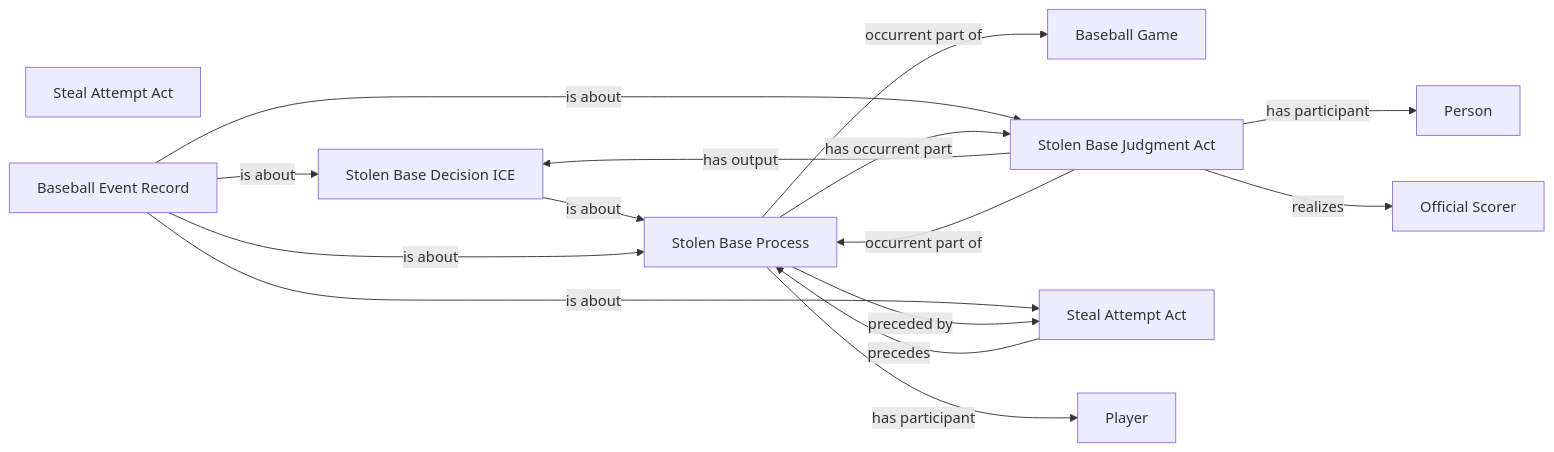
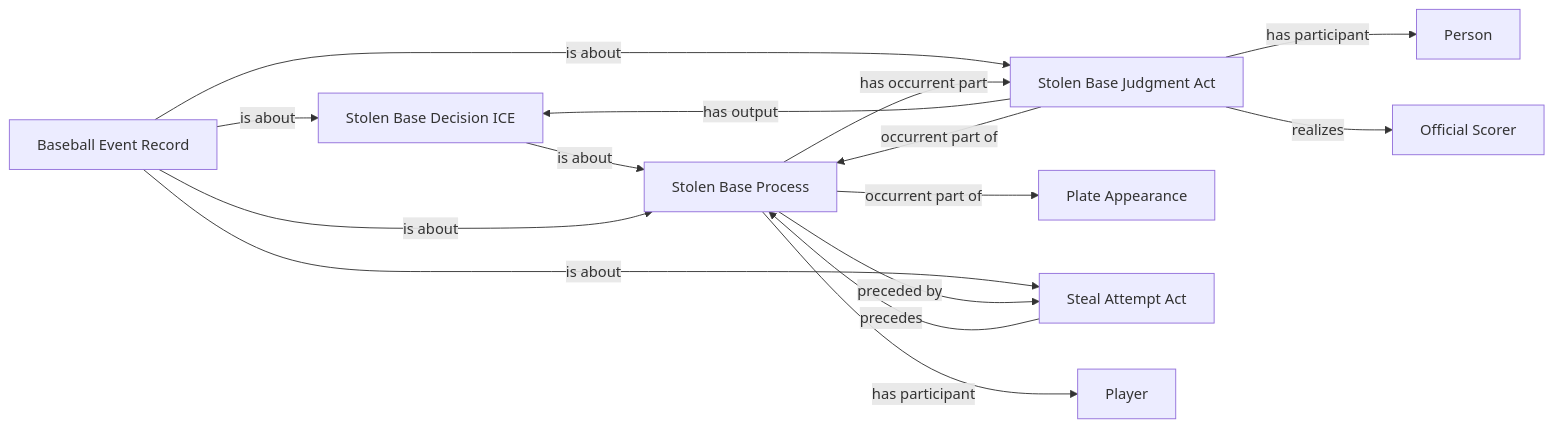
One commit to CarterBeauBenson/BaseballO changed the diagram in Baseball/mermaid/patterns/ontology/43-stolen-base.md. Above: the diagram before and after it, drawn with Mermaid. The commit also changed other lines of this file and 122 other files, not shown here.

````diff
--- a/Baseball/mermaid/patterns/ontology/43-stolen-base.md
+++ b/Baseball/mermaid/patterns/ontology/43-stolen-base.md
@@ -10,27 +10,26 @@
 ```mermaid
 flowchart LR
-    N01["Baseball Game"]
-    N02["Stolen Base Decision ICE"]
-    N03["Stolen Base Judgment Act"]
-    N04["Official Scorer"]
+    N01["Stolen Base Decision ICE"]
+    N02["Stolen Base Judgment Act"]
+    N03["Official Scorer"]
+    N04["Plate Appearance"]
     N05["Steal Attempt Act"]
-    N06["Steal Attempt Act"]
-    N07["Baseball Event Record"]
-    N08["Stolen Base Process"]
-    N09["Person"]
-    N10["Player"]
-    N02 -->|is about| N08
-    N03 -->|has output| N02
-    N03 -->|has participant| N09
-    N03 -->|occurrent part of| N08
-    N03 -->|realizes| N04
-    N06 -->|precedes| N08
-    N07 -->|is about| N02
-    N07 -->|is about| N03
-    N07 -->|is about| N06
-    N07 -->|is about| N08
-    N08 -->|has occurrent part| N03
-    N08 -->|has participant| N10
-    N08 -->|occurrent part of| N01
-    N08 -->|preceded by| N06
+    N06["Baseball Event Record"]
+    N07["Stolen Base Process"]
+    N08["Person"]
+    N09["Player"]
+    N01 -->|is about| N07
+    N02 -->|has output| N01
+    N02 -->|has participant| N08
+    N02 -->|occurrent part of| N07
+    N02 -->|realizes| N03
+    N05 -->|precedes| N07
+    N06 -->|is about| N01
+    N06 -->|is about| N02
+    N06 -->|is about| N05
+    N06 -->|is about| N07
+    N07 -->|has occurrent part| N02
+    N07 -->|has participant| N09
+    N07 -->|occurrent part of| N04
+    N07 -->|preceded by| N05
 ```
````
